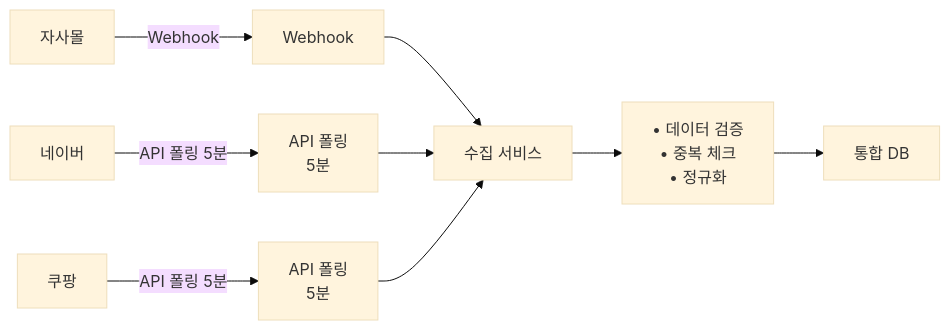
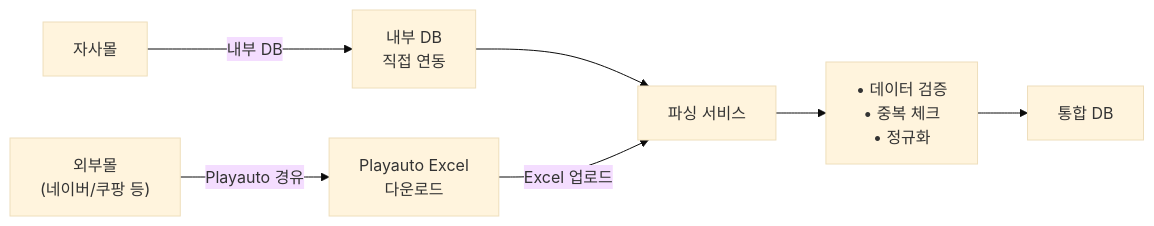
One commit to sknkwoxs/manual-book changed the second of 6 diagrams in src/content/docs/goodthinking-isp/04-design/process-automation.md. Above: the diagram before and after it, drawn with Mermaid (base theme). The commit also changed other lines of this file and 17 other files, not shown here.

First line of the commit message:
docs(goodthinking-isp): Phase 3.5-5 — Mermaid 수정, 외부 API→Excel 템플릿 전환, 개인정보 보호 모듈 강화

````diff
--- a/src/content/docs/goodthinking-isp/04-design/process-automation.md
+++ b/src/content/docs/goodthinking-isp/04-design/process-automation.md
@@ -120,23 +120,19 @@
 ```mermaid
 graph LR
     A["자사몰"]
-    B["Webhook"]
-    C["네이버"]
-    D["API 폴링<br/>5분"]
-    E["쿠팡"]
-    F["API 폴링<br/>5분"]
+    B["내부 DB<br/>직접 연동"]
+    C["외부몰<br/>(네이버/쿠팡 등)"]
+    D["Playauto Excel<br/>다운로드"]
     
-    G["수집 서비스"]
+    G["파싱 서비스"]
     H["• 데이터 검증<br/>• 중복 체크<br/>• 정규화"]
     
     I["통합 DB"]
     
-    A -->|Webhook| B
+    A -->|내부 DB| B
     B --> G
-    C -->|API 폴링 5분| D
-    D --> G
-    E -->|API 폴링 5분| F
-    F --> G
+    C -->|Playauto 경유| D
+    D -->|Excel 업로드| G
     G --> H
     H --> I
 ```
````
